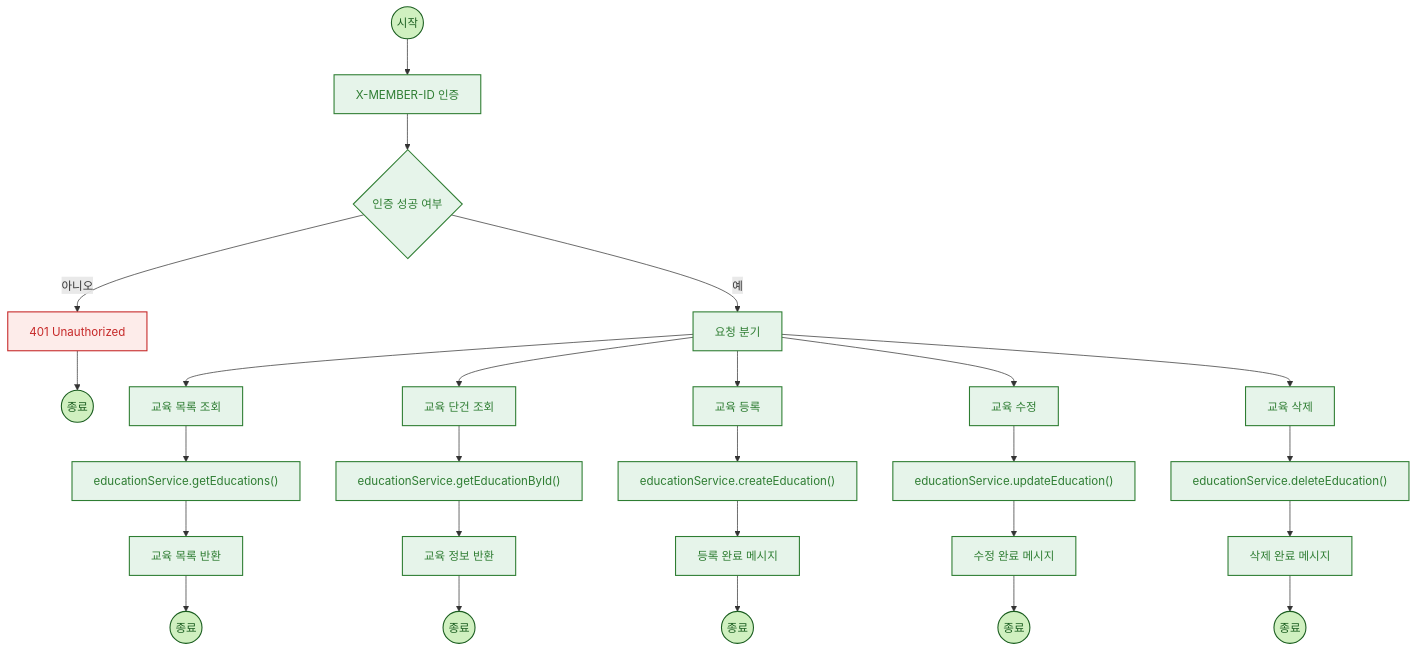
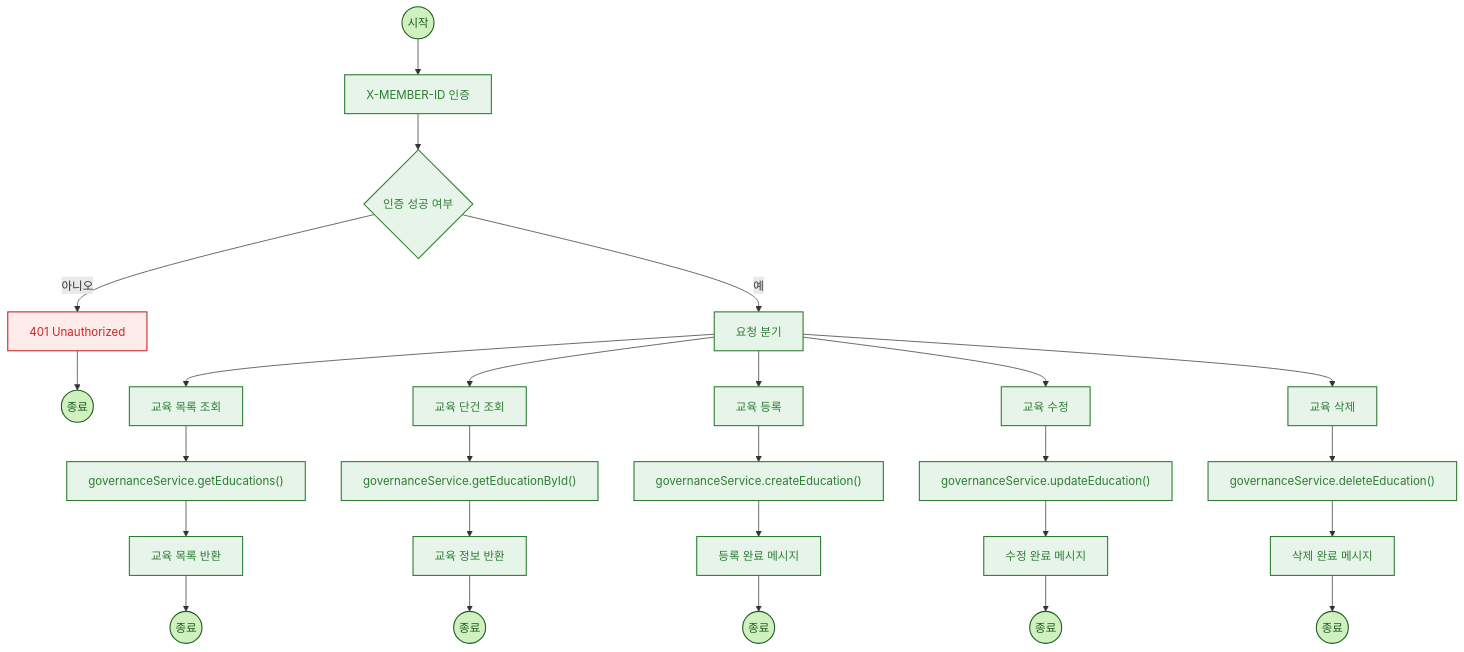
The fourth of 8 diagrams in README.md (NextSpringMysqlMSA/tcfd-service), drawn with Mermaid before and after one commit. The commit also changed other lines of this file, not shown here.

Commit message:
refactor:flowchart 수정

````diff
--- a/README.md
+++ b/README.md
@@ -165,54 +165,54 @@
 ```mermaid
 flowchart TD
     %% 스타일 정의 
     classDef process fill:#e6f4ea,stroke:#2e7d32,stroke-width:1.5px,color:#2e7d32
     classDef decision fill:#e6f4ea,stroke:#2e7d32,stroke-width:1.5px,color:#2e7d32
     classDef endpoint fill:#d0f0c0,stroke:#1b5e20,stroke-width:1.5px,color:#1b5e20
     classDef service fill:#e6f4ea,stroke:#2e7d32,stroke-width:1.5px,color:#2e7d32
     classDef response fill:#e6f4ea,stroke:#2e7d32,stroke-width:1.5px,color:#2e7d32
     classDef error fill:#fdecea,stroke:#c62828,stroke-width:1.5px,color:#c62828
 
     %% 공통 시작 및 인증 처리
     Start((시작)) --> Auth["X-MEMBER-ID 인증"]
     Auth --> AuthCheck{"인증 성공 여부"}
     AuthCheck -- "아니오" --> Error401["401 Unauthorized"] --> EndErr((종료))
     AuthCheck -- "예" --> Router["요청 분기"]
 
     %% 교육 목록 조회
     Router --> GetList["교육 목록 조회"]
-    GetList --> SvcList["educationService.getEducations()"]
+    GetList --> SvcList["governanceService.getEducations()"]
     SvcList --> RespList["교육 목록 반환"]
     RespList --> End1((종료))
 
     %% 교육 단건 조회
     Router --> GetOne["교육 단건 조회"]
-    GetOne --> SvcOne["educationService.getEducationById()"]
+    GetOne --> SvcOne["governanceService.getEducationById()"]
     SvcOne --> RespOne["교육 정보 반환"]
     RespOne --> End2((종료))
 
     %% 교육 등록
     Router --> Create["교육 등록"]
-    Create --> SvcCreate["educationService.createEducation()"]
+    Create --> SvcCreate["governanceService.createEducation()"]
     SvcCreate --> RespCreate["등록 완료 메시지"]
     RespCreate --> End3((종료))
 
     %% 교육 수정
     Router --> Update["교육 수정"]
-    Update --> SvcUpdate["educationService.updateEducation()"]
+    Update --> SvcUpdate["governanceService.updateEducation()"]
     SvcUpdate --> RespUpdate["수정 완료 메시지"]
     RespUpdate --> End4((종료))
 
     %% 교육 삭제
     Router --> Delete["교육 삭제"]
-    Delete --> SvcDelete["educationService.deleteEducation()"]
+    Delete --> SvcDelete["governanceService.deleteEducation()"]
     SvcDelete --> RespDelete["삭제 완료 메시지"]
     RespDelete --> End5((종료))
     
     %% 스타일 적용
     class Start,End1,End2,End3,End4,End5,EndErr endpoint
     class Auth,GetList,GetOne,Create,Update,Delete,Router process
     class AuthCheck decision
     class SvcList,SvcOne,SvcCreate,SvcUpdate,SvcDelete service
     class RespList,RespOne,RespCreate,RespUpdate,RespDelete response
     class Error401 error
 ```
````
